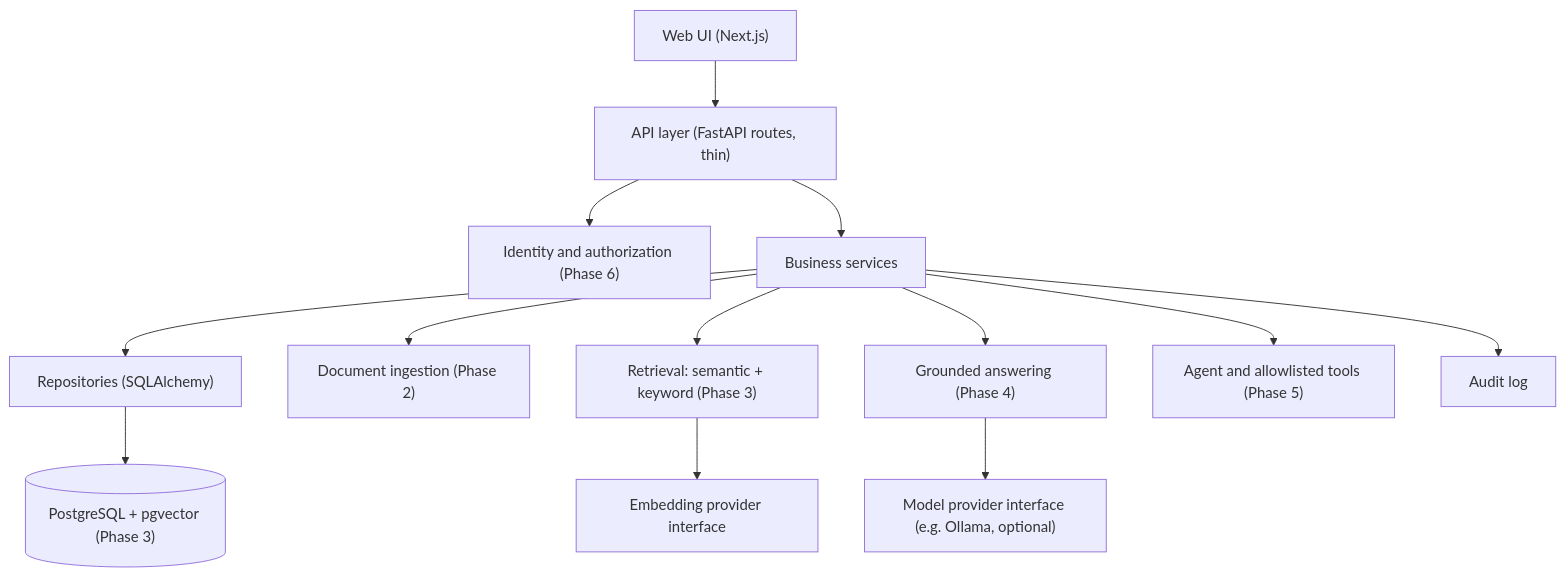
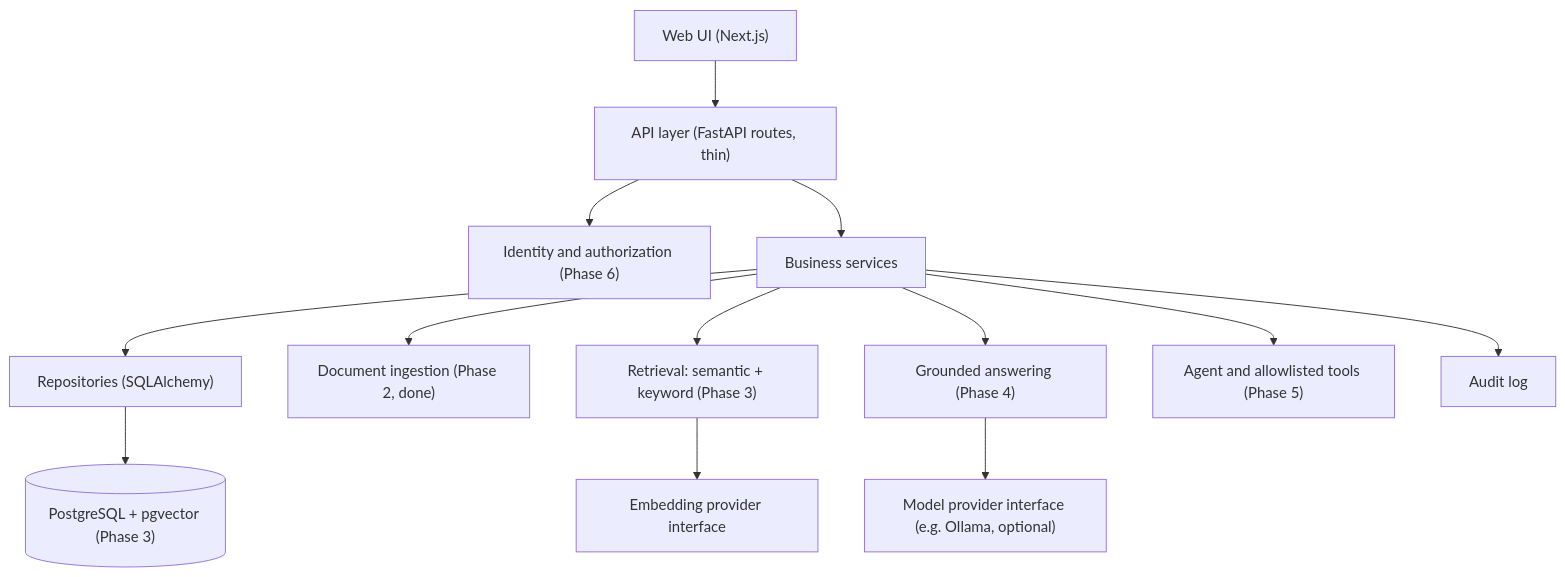
The second of 2 diagrams in docs/HLD.md (CodeWithShivram/EASA), drawn with Mermaid before and after one commit. The commit also changed other lines of this file and 21 other files, not shown here.

````diff
--- a/docs/HLD.md
+++ b/docs/HLD.md
@@ -56,15 +56,15 @@
 ```mermaid
 flowchart TB
     web["Web UI (Next.js)"] --> api["API layer (FastAPI routes, thin)"]
     api --> auth["Identity and authorization (Phase 6)"]
     api --> services["Business services"]
     services --> repos["Repositories (SQLAlchemy)"]
-    services --> ingest["Document ingestion (Phase 2)"]
+    services --> ingest["Document ingestion (Phase 2, done)"]
     services --> retrieval["Retrieval: semantic + keyword (Phase 3)"]
     services --> rag["Grounded answering (Phase 4)"]
     services --> agent["Agent and allowlisted tools (Phase 5)"]
     retrieval --> embed["Embedding provider interface"]
     rag --> model["Model provider interface (e.g. Ollama, optional)"]
     repos --> pg[("PostgreSQL + pgvector (Phase 3)")]
     services --> audit["Audit log"]
 ```
````
